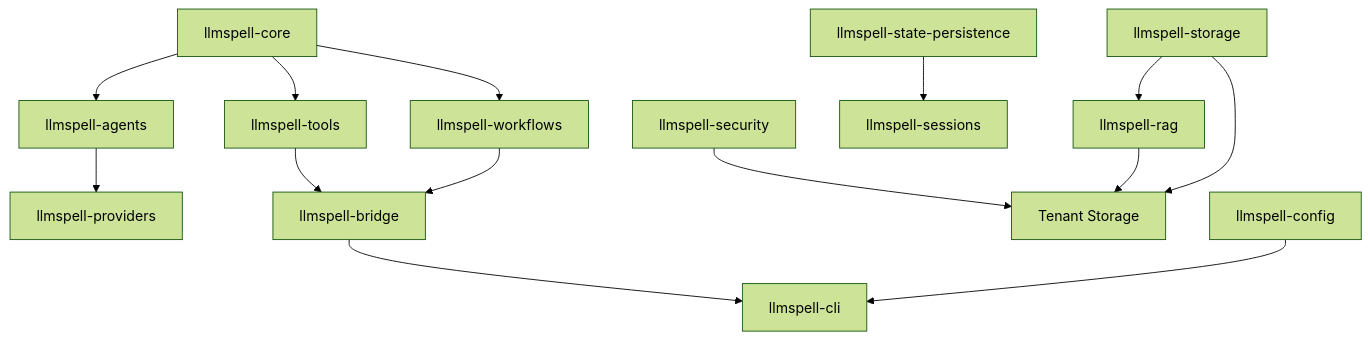
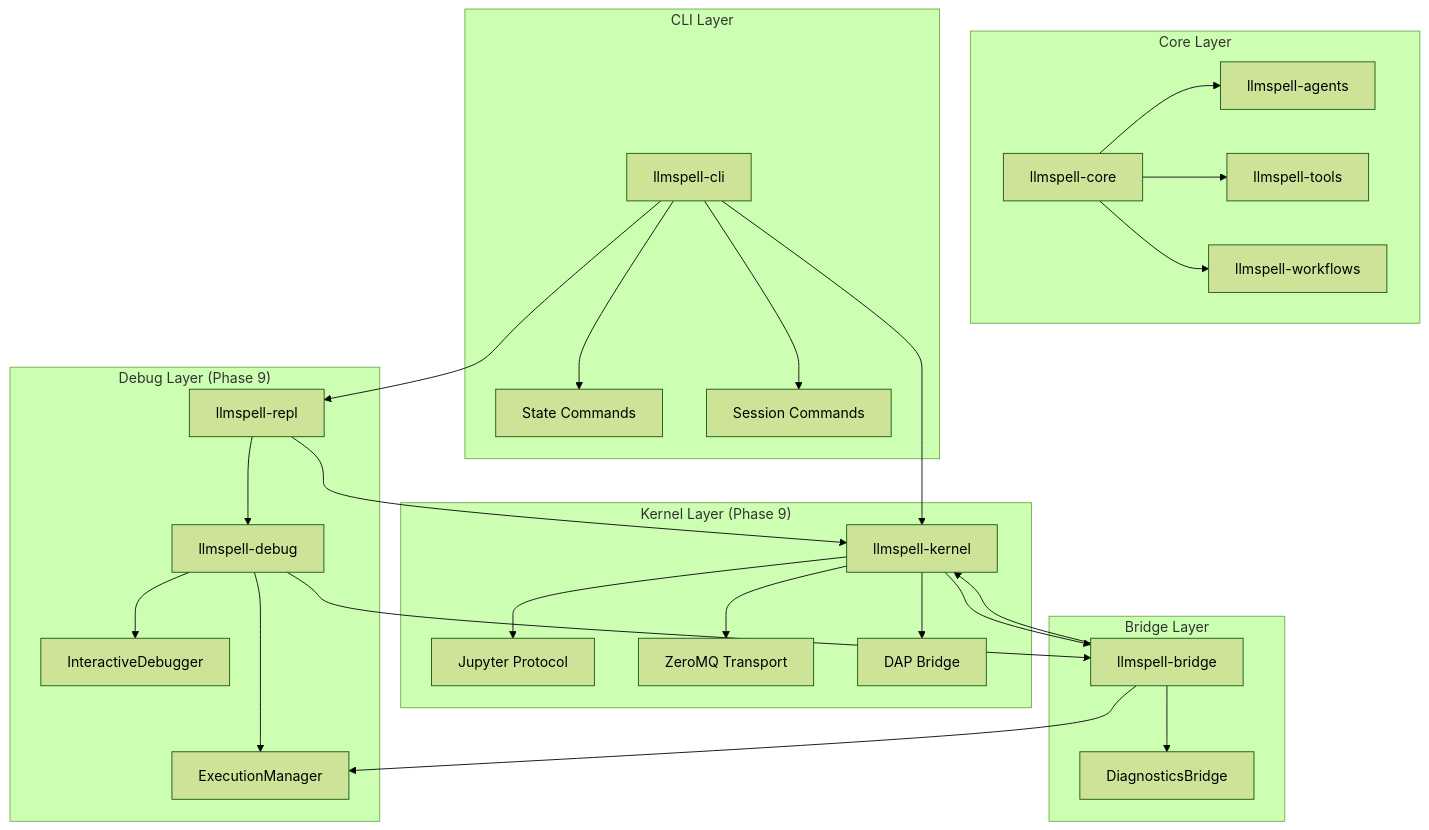
Before and after one commit to lexlapax/rs-llmspell: the diagram in docs/user-guide/api/rust/README.md, drawn with Mermaid (forest theme). The commit also changed other lines of this file and 26 other files, not shown here.

Commit message:
phase 9 design doc, architecture doc and user-guide api doc updated.

````diff
--- a/docs/user-guide/api/rust/README.md
+++ b/docs/user-guide/api/rust/README.md
@@ -272,21 +309,37 @@
 ```mermaid
 graph TD
-    A[llmspell-core] --> B[llmspell-agents]
-    A --> C[llmspell-tools]
-    A --> D[llmspell-workflows]
+    subgraph "Kernel Layer (Phase 9)"
+        K[llmspell-kernel] --> KP[Jupyter Protocol]
+        K --> ZMQ[ZeroMQ Transport]
+        K --> DAP[DAP Bridge]
+    end
     
-    B --> E[llmspell-providers]
-    C --> F[llmspell-bridge]
-    D --> F
+    subgraph "Debug Layer (Phase 9)"
+        D[llmspell-debug] --> EM[ExecutionManager]
+        D --> ID[InteractiveDebugger]
+        R[llmspell-repl] --> D
+    end
     
-    G[llmspell-storage] --> H[llmspell-rag]
-    I[llmspell-state-persistence] --> J[llmspell-sessions]
+    subgraph "Core Layer"
+        A[llmspell-core] --> B[llmspell-agents]
+        A --> C[llmspell-tools]
+        A --> W[llmspell-workflows]
+    end
     
-    K[llmspell-security] --> L[llmspell-tenancy]
+    subgraph "Bridge Layer"
+        BR[llmspell-bridge] --> K
+        BR --> EM
+        BR --> DB[DiagnosticsBridge]
+    end
     
-    F --> M[llmspell-cli]
-    N[llmspell-config] --> M
+    subgraph "CLI Layer"
+        CLI[llmspell-cli] --> K
+        CLI --> R
+        CLI --> ST[State Commands]
+        CLI --> SE[Session Commands]
+    end
     
-    H --> L[Multi-tenant RAG]
-    G --> L[Tenant Storage]
+    K --> BR
+    D --> BR
+    R --> K
 ```
````
